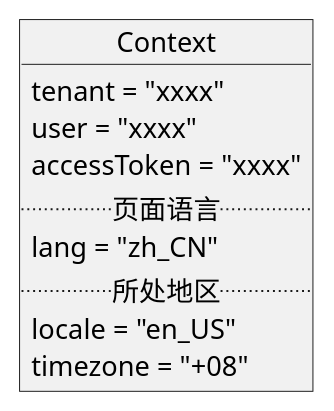
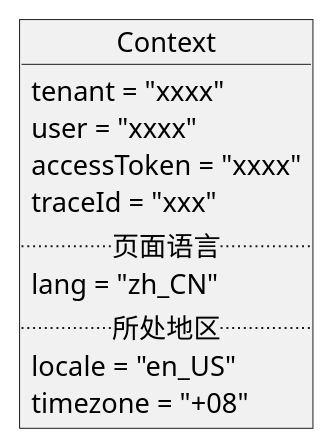
One commit to crazydan-studio/duzhou.crazydan.io changed the first of 2 diagrams in docs/100.platform/100.development/200.framework/500.backend/100.gateway/100.design.md. Above: the diagram before and after it, drawn with PlantUML. The commit also changed other lines of this file and 2 other files, not shown here.

````diff
--- a/docs/100.platform/100.development/200.framework/500.backend/100.gateway/100.design.md
+++ b/docs/100.platform/100.development/200.framework/500.backend/100.gateway/100.design.md
@@ -32,12 +32,13 @@
 ```plantuml
 object Context {
   tenant = "xxxx"
   user = "xxxx"
   accessToken = "xxxx"
+  traceId = "xxx"
   .. 页面语言 ..
   lang = "zh_CN"
   .. 所处地区 ..
   locale = "en_US"
   timezone = "+08"
 }
 ```
````
